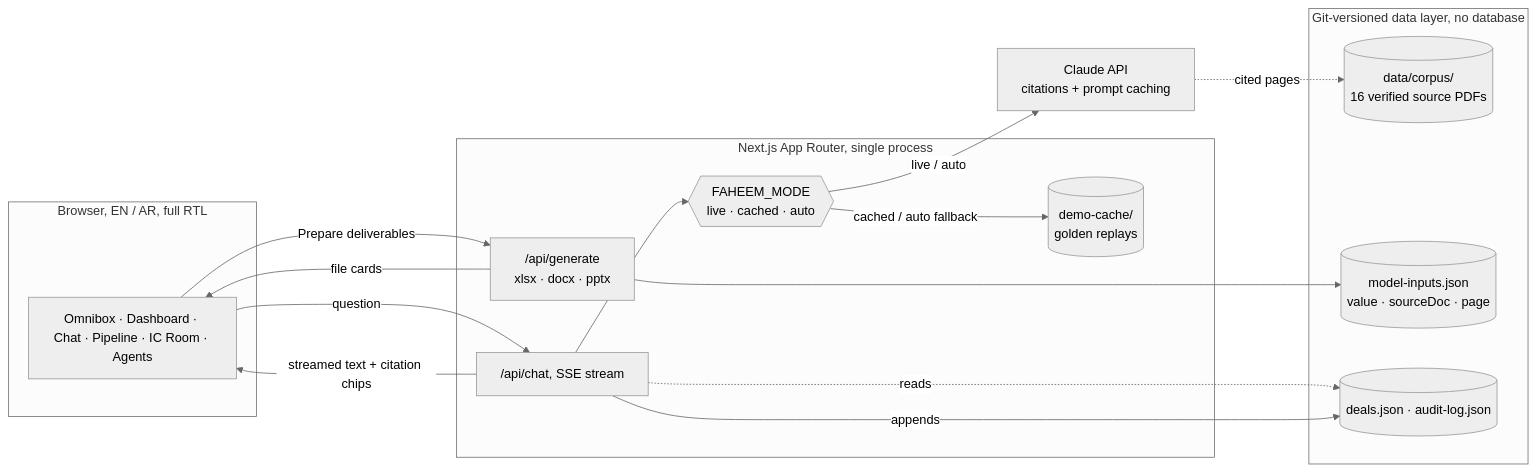
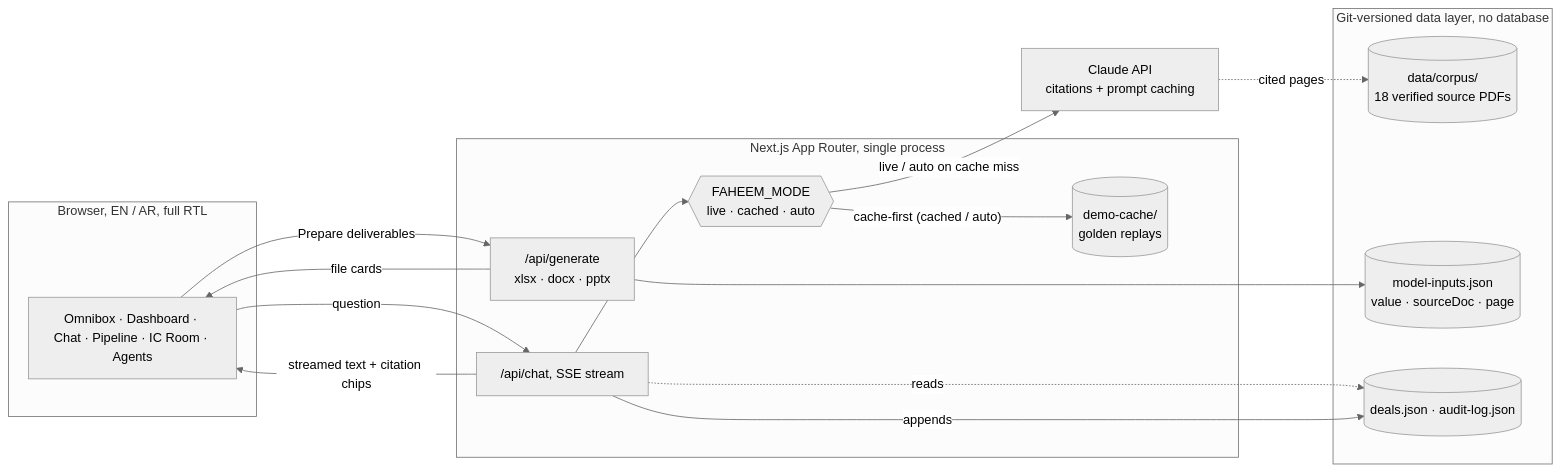
One commit to sawtag/faheem-new changed the diagram in README.md. Above: the diagram before and after it, drawn with Mermaid (neutral theme). The commit also changed other lines of this file, not shown here.

````diff
--- a/README.md
+++ b/README.md
@@ -146,33 +116,33 @@
 ```mermaid
 flowchart LR
     subgraph Client["Browser, EN / AR, full RTL"]
         UI["Omnibox · Dashboard · Chat · Pipeline · IC Room · Agents"]
     end
 
     subgraph Server["Next.js App Router, single process"]
         API["/api/chat, SSE stream"]
         MODE{{"FAHEEM_MODE\nlive · cached · auto"}}
         CACHE[("demo-cache/\ngolden replays")]
         GEN["/api/generate\nxlsx · docx · pptx"]
     end
 
     CLAUDE["Claude API\ncitations + prompt caching"]
 
     subgraph Data["Git-versioned data layer, no database"]
-        CORPUS[("data/corpus/\n16 verified source PDFs")]
+        CORPUS[("data/corpus/\n18 verified source PDFs")]
         INPUTS[("model-inputs.json\nvalue · sourceDoc · page")]
         DEALS[("deals.json · audit-log.json")]
     end
 
     UI -- "question" --> API
     API --> MODE
-    MODE -- "live / auto" --> CLAUDE
-    MODE -- "cached / auto fallback" --> CACHE
+    MODE -- "live / auto on cache miss" --> CLAUDE
+    MODE -- "cache-first (cached / auto)" --> CACHE
     CLAUDE -. "cited pages" .-> CORPUS
     API -- "streamed text + citation chips" --> UI
     UI -- "Prepare deliverables" --> GEN
     GEN --> INPUTS
     GEN -- "file cards" --> UI
     API -. "reads" .-> DEALS
     API -- "appends" --> DEALS
 ```
````
